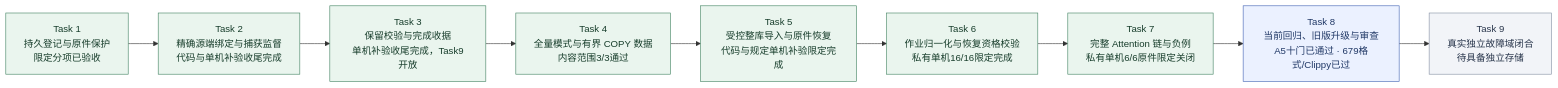
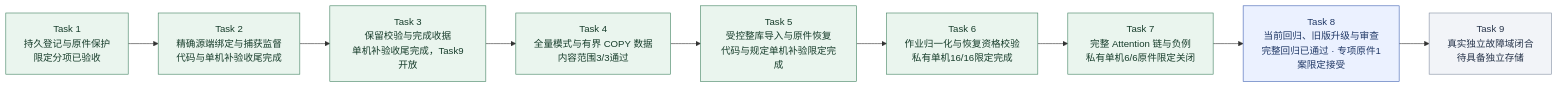
One commit to MansurnamedZhang/learning-system-p0c4 changed the second of 9 diagrams in docs/KnowWeave实施路线与系统架构.md. Above: the diagram before and after it, drawn with Mermaid. The commit also changed other lines of this file and 10 other files, not shown here.

````diff
--- a/docs/KnowWeave实施路线与系统架构.md
+++ b/docs/KnowWeave实施路线与系统架构.md
@@ -81,26 +81,26 @@
 ```mermaid
 flowchart LR
     C4T1["Task 1<br/>持久登记与原件保护<br/>限定分项已验收"]
     C4T2["Task 2<br/>精确源端绑定与捕获监督<br/>代码与单机补验收尾完成"]
     C4T3["Task 3<br/>保留校验与完成收据<br/>单机补验收尾完成，Task9开放"]
     C4T4["Task 4<br/>全量模式与有界 COPY 数据<br/>内容范围3/3通过"]
     C4T5["Task 5<br/>受控整库导入与原件恢复<br/>代码与规定单机补验限定完成"]
     C4T6["Task 6<br/>作业归一化与恢复资格校验<br/>私有单机16/16限定完成"]
     C4T7["Task 7<br/>完整 Attention 链与负例<br/>私有单机6/6原件限定关闭"]
-    C4T8["Task 8<br/>当前回归、旧版升级与审查<br/>A5十门已通过 · 679格式/Clippy已过"]
+    C4T8["Task 8<br/>当前回归、旧版升级与审查<br/>完整回归已通过 · 专项原件1案限定接受"]
     C4T9["Task 9<br/>真实独立故障域闭合<br/>待具备独立存储"]
     C4T1 --> C4T2
     C4T2 --> C4T3
     C4T3 --> C4T4
     C4T4 --> C4T5
     C4T5 --> C4T6
     C4T6 --> C4T7
     C4T7 --> C4T8
     C4T8 --> C4T9
     class C4T1,C4T2,C4T3,C4T4,C4T5,C4T6,C4T7 done
     class C4T8 next
     class C4T9 planned
     classDef done fill:#eaf5ee,stroke:#438363,color:#173d2b
     classDef next fill:#ebf1ff,stroke:#4365b4,color:#203866
     classDef planned fill:#f2f4f8,stroke:#8591a3,color:#28354b
 ```
````
